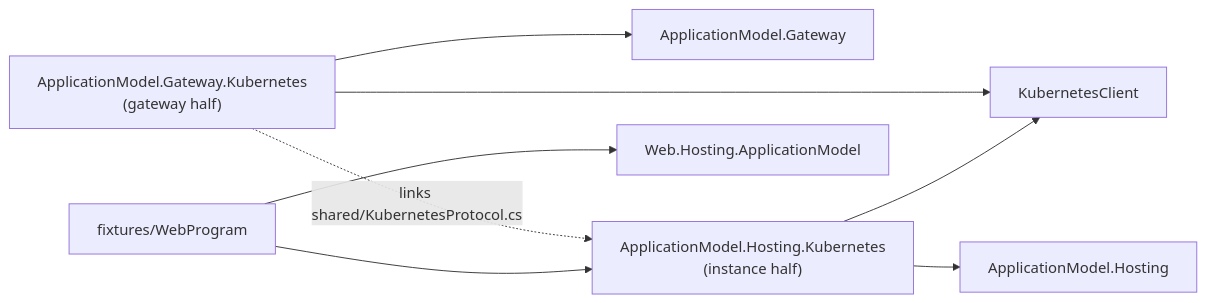
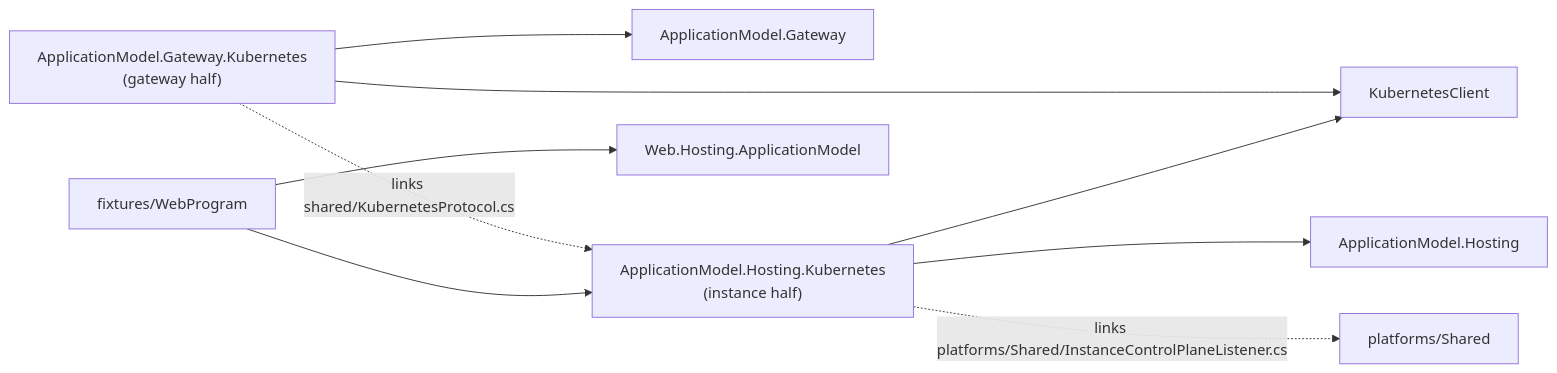
Before and after one commit to assimalign/cohesion-platforms: the diagram in platforms/Kubernetes/README.md, drawn with Mermaid. The commit also changed other lines of this file and 36 other files, not shown here.

````diff
--- a/platforms/Kubernetes/README.md
+++ b/platforms/Kubernetes/README.md
@@ -17,10 +17,11 @@
 ```mermaid
 flowchart LR
     GK["ApplicationModel.Gateway.Kubernetes<br/>(gateway half)"] --> GW["ApplicationModel.Gateway"]
     GK --> KC["KubernetesClient"]
     HK["ApplicationModel.Hosting.Kubernetes<br/>(instance half)"] --> HO["ApplicationModel.Hosting"]
     HK --> KC
     GK -. "links shared/KubernetesProtocol.cs" .-> HK
+    HK -. "links platforms/Shared/InstanceControlPlaneListener.cs" .-> SH["platforms/Shared"]
     WP["fixtures/WebProgram"] --> HK
     WP --> WH["Web.Hosting.ApplicationModel"]
 ```
````
